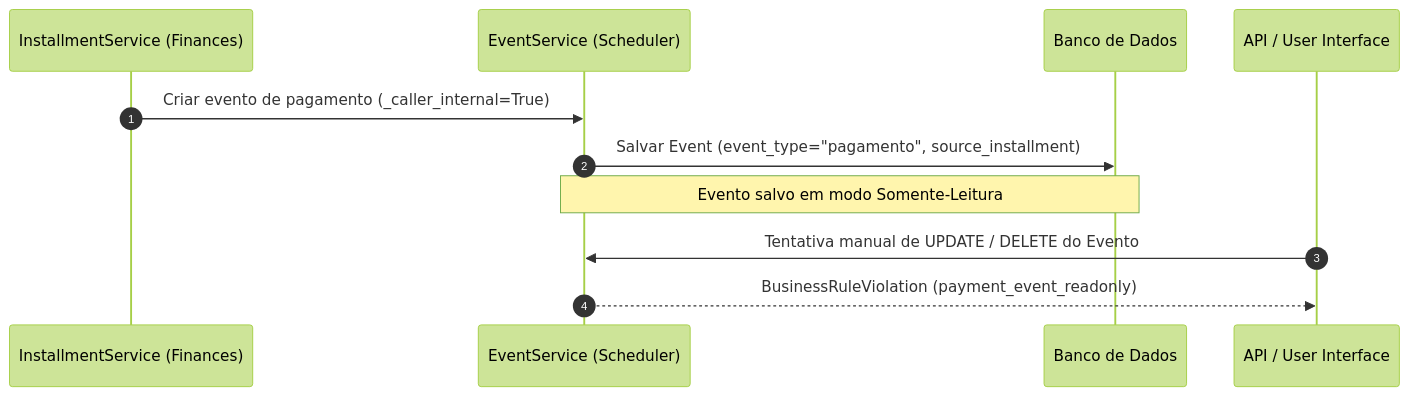
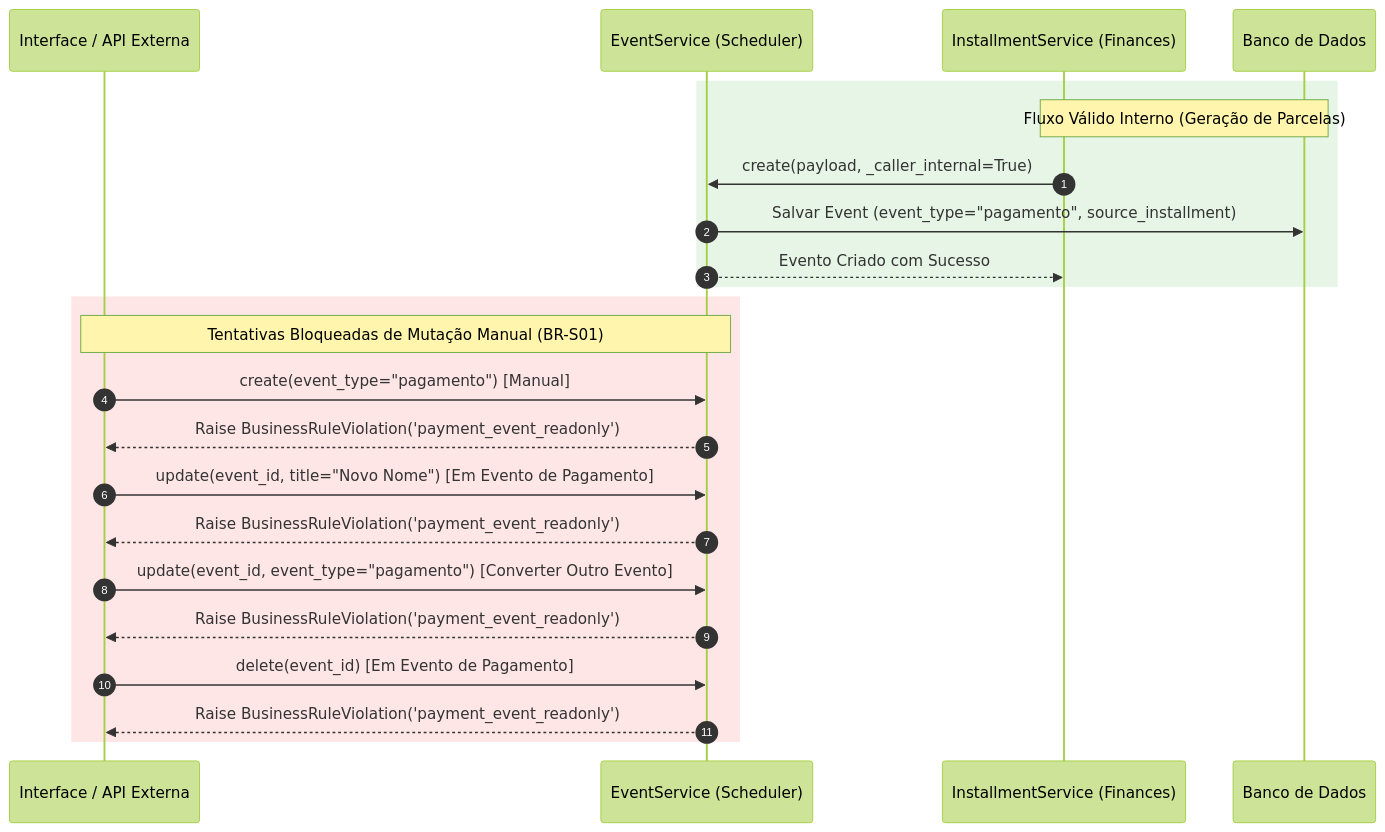
One commit to Rafaelp122/wedding_management changed the diagram in docs/architecture/business-rules/scheduler/payment-event-readonly-guard.md. Above: the diagram before and after it, drawn with Mermaid (forest theme). The commit also changed other lines of this file and 114 other files, not shown here.

````diff
--- a/docs/architecture/business-rules/scheduler/payment-event-readonly-guard.md
+++ b/docs/architecture/business-rules/scheduler/payment-event-readonly-guard.md
@@ -26,14 +37,30 @@
 ```mermaid
 sequenceDiagram
     autonumber
+    participant UI as Interface / API Externa
+    participant ES as EventService (Scheduler)
     participant FS as InstallmentService (Finances)
-    participant ES as EventService (Scheduler)
     participant DB as Banco de Dados
-    participant API as API / User Interface
 
-    FS->>ES: Criar evento de pagamento (_caller_internal=True)
-    ES->>DB: Salvar Event (event_type="pagamento", source_installment)
-    Note over ES,DB: Evento salvo em modo Somente-Leitura
-    API->>ES: Tentativa manual de UPDATE / DELETE do Evento
-    ES-->>API: BusinessRuleViolation (payment_event_readonly)
+    rect rgb(230, 245, 230)
+        Note over FS,DB: Fluxo Válido Interno (Geração de Parcelas)
+        FS->>ES: create(payload, _caller_internal=True)
+        ES->>DB: Salvar Event (event_type="pagamento", source_installment)
+        ES-->>FS: Evento Criado com Sucesso
+    end
+
+    rect rgb(255, 230, 230)
+        Note over UI,ES: Tentativas Bloqueadas de Mutação Manual (BR-S01)
+        UI->>ES: create(event_type="pagamento") [Manual]
+        ES-->>UI: Raise BusinessRuleViolation('payment_event_readonly')
+
+        UI->>ES: update(event_id, title="Novo Nome") [Em Evento de Pagamento]
+        ES-->>UI: Raise BusinessRuleViolation('payment_event_readonly')
+
+        UI->>ES: update(event_id, event_type="pagamento") [Converter Outro Evento]
+        ES-->>UI: Raise BusinessRuleViolation('payment_event_readonly')
+
+        UI->>ES: delete(event_id) [Em Evento de Pagamento]
+        ES-->>UI: Raise BusinessRuleViolation('payment_event_readonly')
+    end
 ```
````
